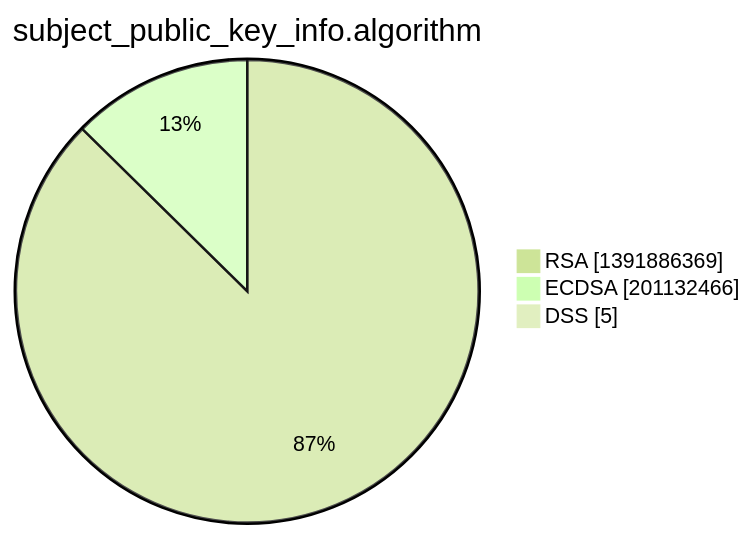
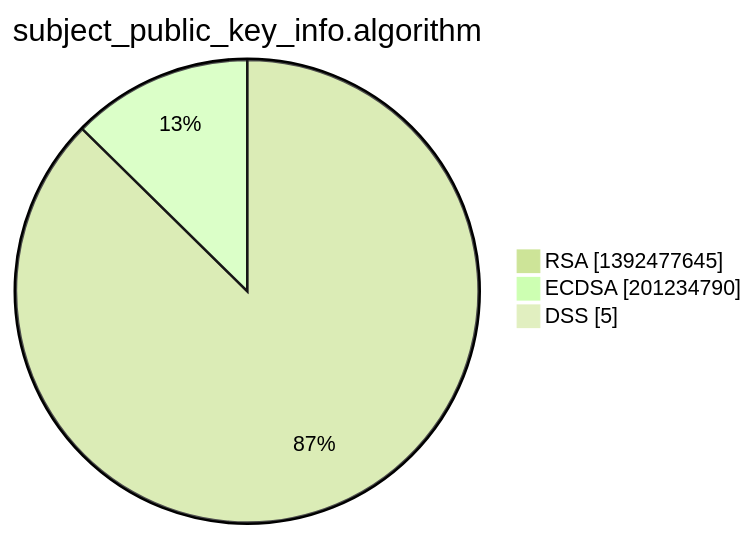
The third of 15 diagrams in xenon2022/README.md (christiankrug/ctmonitor_visualization), drawn with Mermaid (forest theme) before and after one commit. The commit also changed other lines of this file, not shown here.

````diff
--- a/xenon2022/README.md
+++ b/xenon2022/README.md
@@ -14,7 +14,7 @@
 ```mermaid
 pie showData
 title subject_public_key_info.algorithm
-"RSA" :1391886369
-"ECDSA" :201132466
+"RSA" :1392477645
+"ECDSA" :201234790
 "DSS" :5
 ```
````
